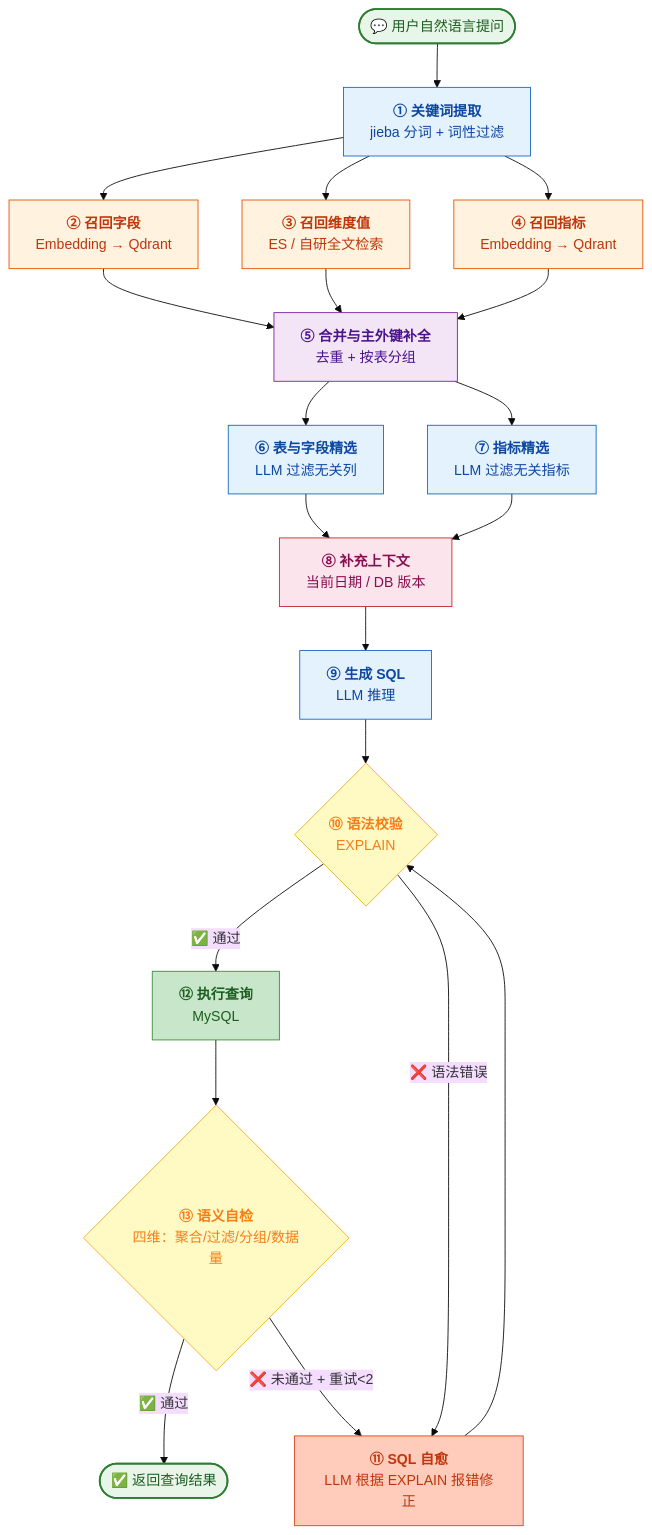
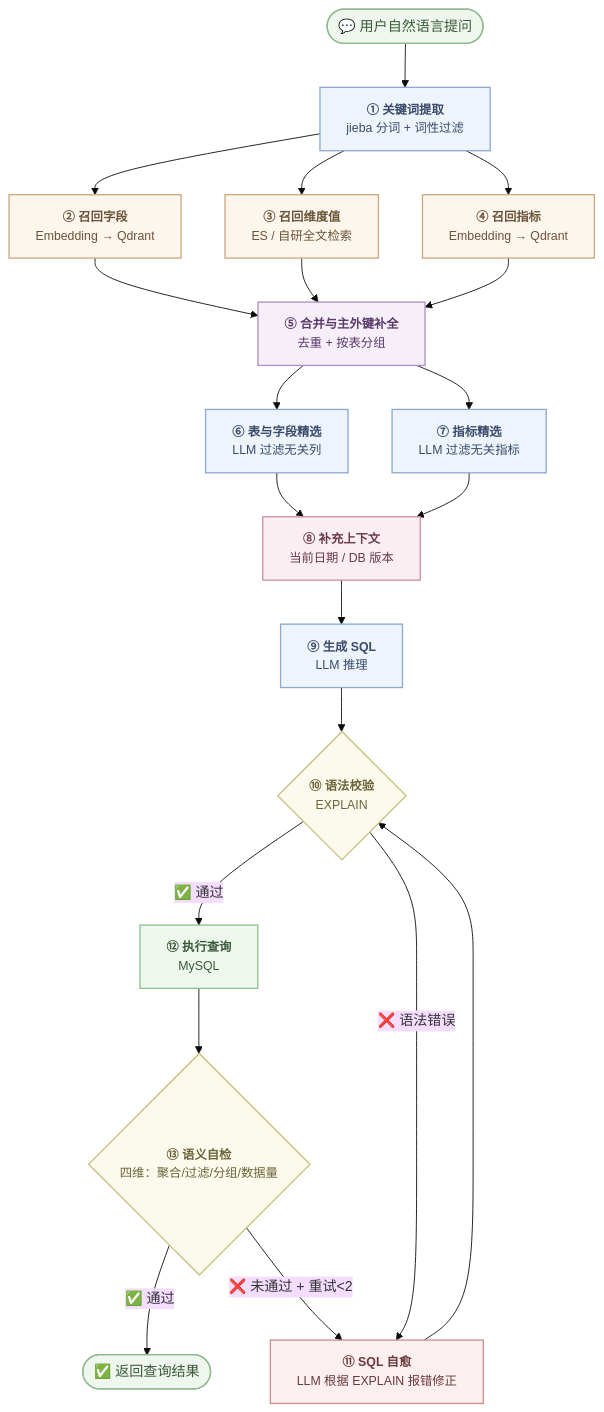
One commit to yj9407/RAG-ZhiDaFangZhou changed the first of 2 diagrams in README.md. Above: the diagram before and after it, drawn with Mermaid (base theme).

Commit message:
style: 调柔链路图配色，放大入口字号

````diff
--- a/README.md
+++ b/README.md
@@ -19,41 +19,41 @@
 ```mermaid
 graph TD
     START(["💬 用户自然语言提问"]):::startEnd
     START --> N1["<b>① 关键词提取</b><br/>jieba 分词 + 词性过滤"]:::llm
 
     N1 --> N2["<b>② 召回字段</b><br/>Embedding → Qdrant"]:::search
     N1 --> N3["<b>③ 召回维度值</b><br/>ES / 自研全文检索"]:::search
     N1 --> N4["<b>④ 召回指标</b><br/>Embedding → Qdrant"]:::search
 
     N2 --> N5["<b>⑤ 合并与主外键补全</b><br/>去重 + 按表分组"]:::merge
     N3 --> N5
     N4 --> N5
 
     N5 --> N6["<b>⑥ 表与字段精选</b><br/>LLM 过滤无关列"]:::llm
     N5 --> N7["<b>⑦ 指标精选</b><br/>LLM 过滤无关指标"]:::llm
 
     N6 --> N8["<b>⑧ 补充上下文</b><br/>当前日期 / DB 版本"]:::ctx
     N7 --> N8
 
     N8 --> N9["<b>⑨ 生成 SQL</b><br/>LLM 推理"]:::llm
 
     N9 --> N10{"<b>⑩ 语法校验</b><br/>EXPLAIN"}:::decision
 
     N10 -->|"✅ 通过"| N12["<b>⑫ 执行查询</b><br/>MySQL"]:::exec
     N10 -->|"❌ 语法错误"| N11["<b>⑪ SQL 自愈</b><br/>LLM 根据 EXPLAIN 报错修正"]:::fix
     N11 --> N10
 
     N12 --> N13{"<b>⑬ 语义自检</b><br/>四维：聚合/过滤/分组/数据量"}:::decision
 
     N13 -->|"✅ 通过"| END(["✅ 返回查询结果"]):::startEnd
     N13 -->|"❌ 未通过 + 重试&lt;2"| N11
 
-    classDef startEnd fill:#e8f5e9,stroke:#2e7d32,stroke-width:2px,color:#1b5e20
-    classDef llm fill:#e3f2fd,stroke:#1565c0,color:#0d47a1
-    classDef search fill:#fff3e0,stroke:#e65100,color:#bf360c
-    classDef merge fill:#f3e5f5,stroke:#7b1fa2,color:#4a148c
-    classDef ctx fill:#fce4ec,stroke:#c62828,color:#880e4f
-    classDef decision fill:#fff9c4,stroke:#f9a825,color:#f57f17
-    classDef exec fill:#c8e6c9,stroke:#388e3c,color:#1b5e20
-    classDef fix fill:#ffccbc,stroke:#d84315,color:#bf360c
+    classDef startEnd fill:#eef6ee,stroke:#8fb98f,stroke-width:1.5px,color:#3a5a3a,font-size:16px
+    classDef llm fill:#eef4fb,stroke:#8fa8cf,stroke-width:1.5px,color:#3a4a6a,font-size:14px
+    classDef search fill:#fdf6ec,stroke:#cfa87f,stroke-width:1.5px,color:#6a543a,font-size:14px
+    classDef merge fill:#f6eff9,stroke:#b08fc9,stroke-width:1.5px,color:#5a3a6a,font-size:14px
+    classDef ctx fill:#fbeef3,stroke:#cf8fa8,stroke-width:1.5px,color:#6a3a4a,font-size:14px
+    classDef decision fill:#fbfaec,stroke:#c9c07f,stroke-width:1.5px,color:#6a653a,font-size:14px
+    classDef exec fill:#edf7ed,stroke:#8fbf8f,stroke-width:1.5px,color:#3a5a3a,font-size:14px
+    classDef fix fill:#fbefef,stroke:#cf8f8f,stroke-width:1.5px,color:#6a3a3a,font-size:14px
 ```
````
